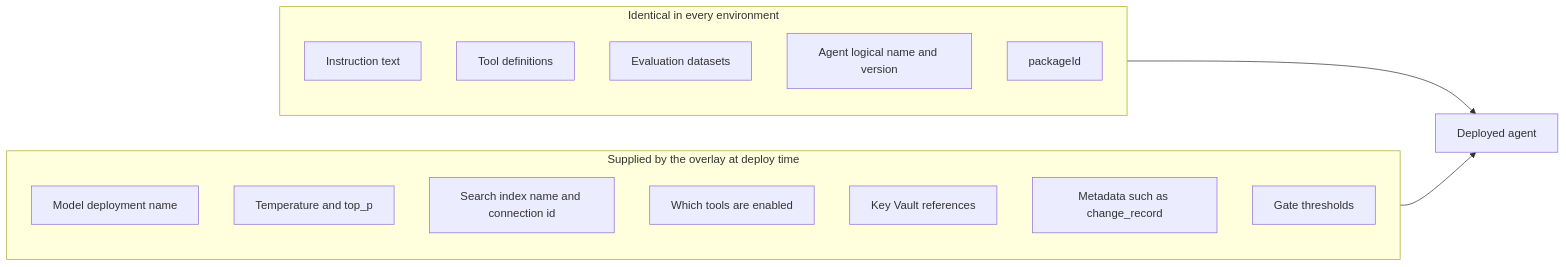
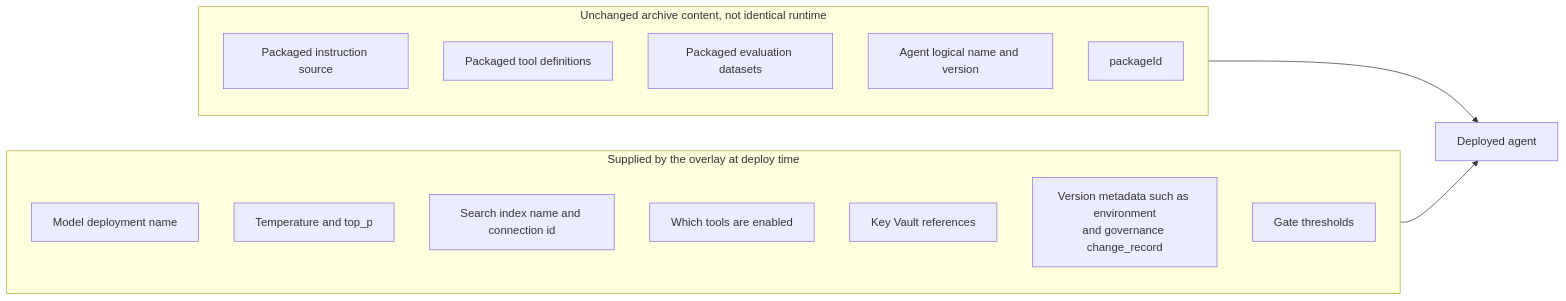
Before and after one commit to rob-mckenna/foundry-prompt-agent-cicd-accelerator: the second of 3 diagrams in docs/diagrams/multi-environment-promotion.md, drawn with Mermaid. The commit also changed other lines of this file and 56 other files, not shown here.

````diff
--- a/docs/diagrams/multi-environment-promotion.md
+++ b/docs/diagrams/multi-environment-promotion.md
@@ -61,23 +71,23 @@
 ```mermaid
 flowchart LR
-    subgraph IMMUTABLE["Identical in every environment"]
-        I1["Instruction text"]
-        I2["Tool definitions"]
-        I3["Evaluation datasets"]
+    subgraph IMMUTABLE["Unchanged archive content, not identical runtime"]
+        I1["Packaged instruction source"]
+        I2["Packaged tool definitions"]
+        I3["Packaged evaluation datasets"]
         I4["Agent logical name and version"]
         I5["packageId"]
     end
 
     subgraph VARIABLE["Supplied by the overlay at deploy time"]
         V1["Model deployment name"]
         V2["Temperature and top_p"]
         V3["Search index name and connection id"]
         V4["Which tools are enabled"]
         V5["Key Vault references"]
-        V6["Metadata such as change_record"]
+        V6["Version metadata such as environment<br/>and governance change_record"]
         V7["Gate thresholds"]
     end
 
     IMMUTABLE --> AGENT["Deployed agent"]
     VARIABLE --> AGENT
 ```
````
